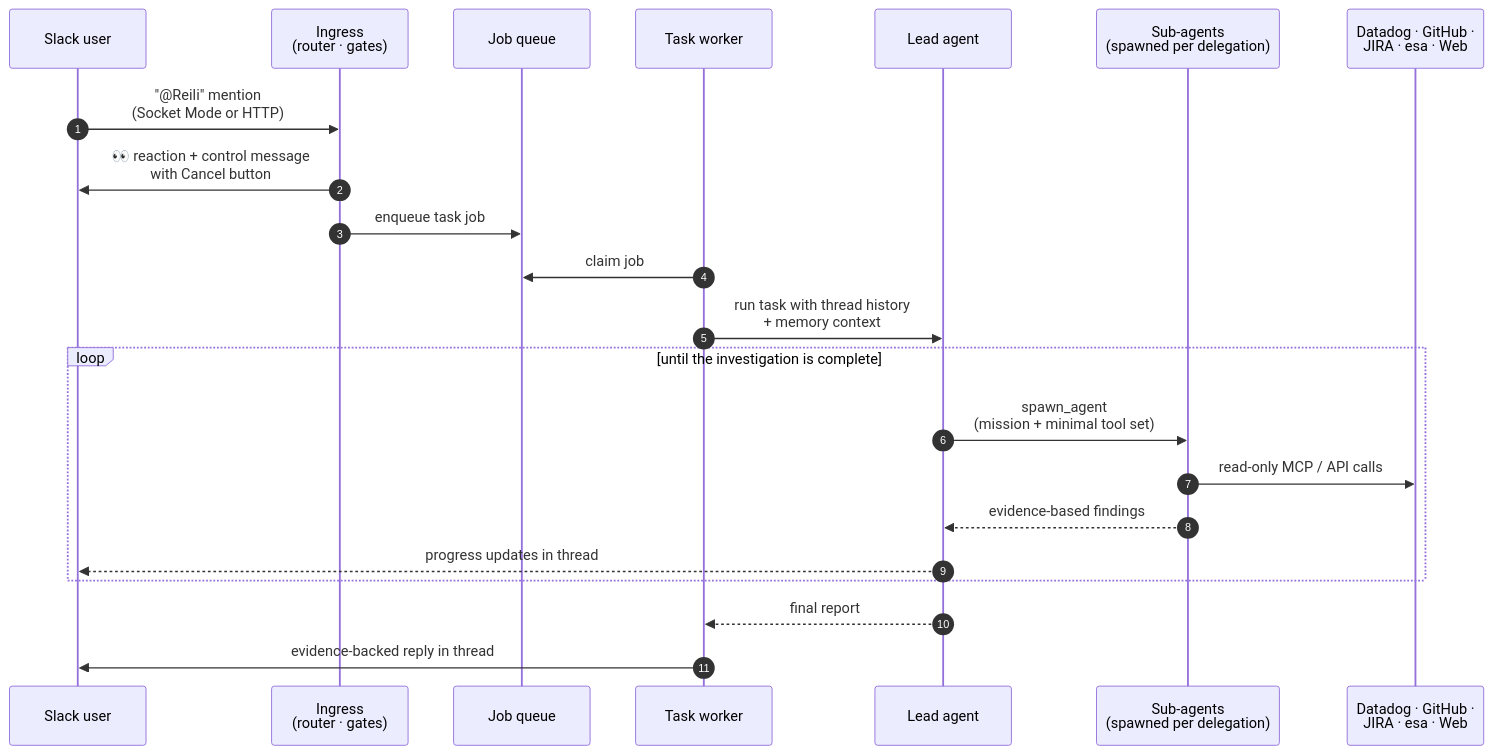
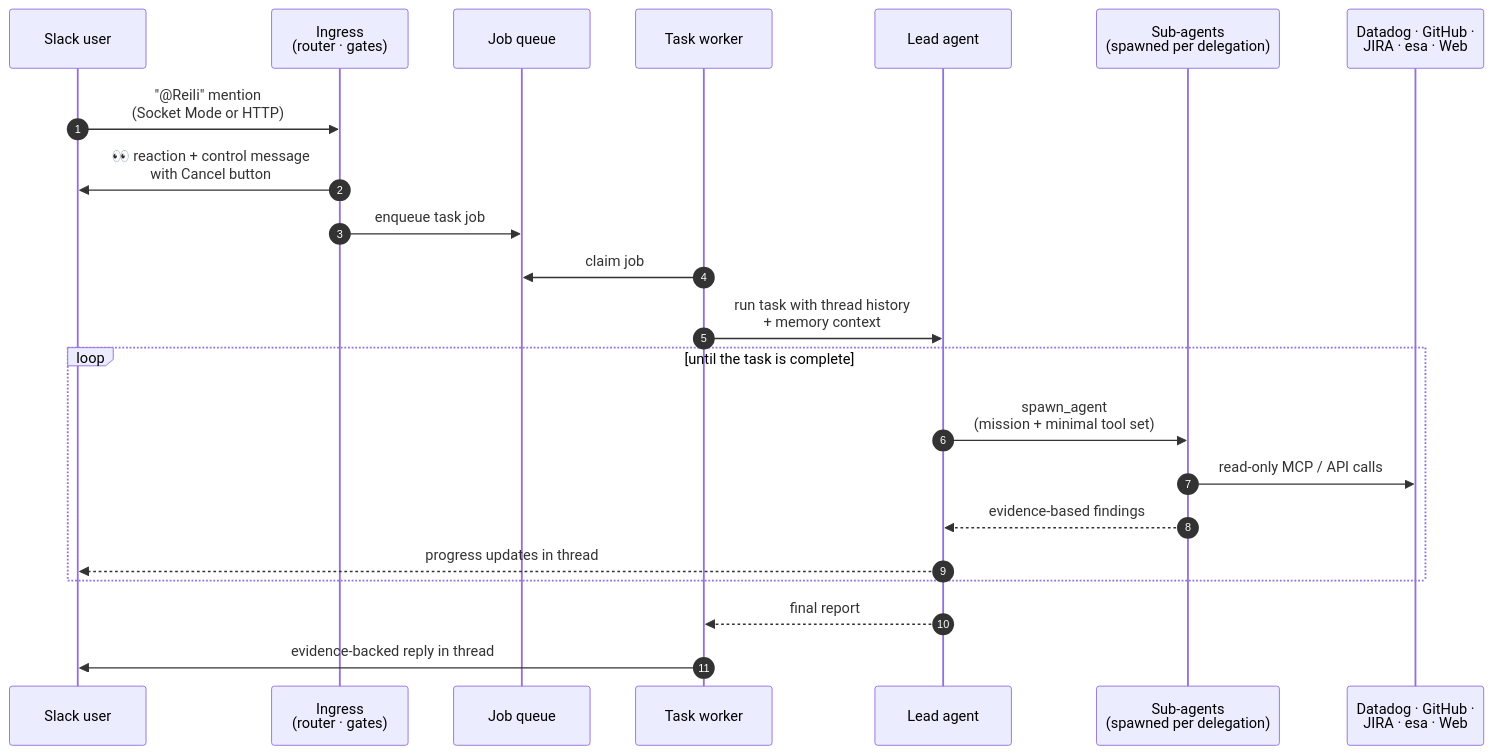
The diagram in README.md (reilidev/reili), drawn with Mermaid before and after one commit. The commit also changed other lines of this file, not shown here.

````diff
--- a/README.md
+++ b/README.md
@@ -48,25 +48,25 @@
 ```mermaid
 sequenceDiagram
     autonumber
     participant User as Slack user
     participant Ingress as Ingress<br/>(router · gates)
     participant Queue as Job queue
     participant Worker as Task worker
     participant Lead as Lead agent
     participant Sub as Sub-agents<br/>(spawned per delegation)
     participant Ext as Datadog · GitHub ·<br/>JIRA · esa · Web
 
     User->>Ingress: "@Reili" mention<br/>(Socket Mode or HTTP)
     Ingress->>User: 👀 reaction + control message<br/>with Cancel button
     Ingress->>Queue: enqueue task job
     Worker->>Queue: claim job
     Worker->>Lead: run task with thread history<br/>+ memory context
-    loop until the investigation is complete
+    loop until the task is complete
         Lead->>Sub: spawn_agent<br/>(mission + minimal tool set)
         Sub->>Ext: read-only MCP / API calls
         Sub-->>Lead: evidence-based findings
         Lead-->>User: progress updates in thread
     end
     Lead-->>Worker: final report
     Worker->>User: evidence-backed reply in thread
 ```
````
